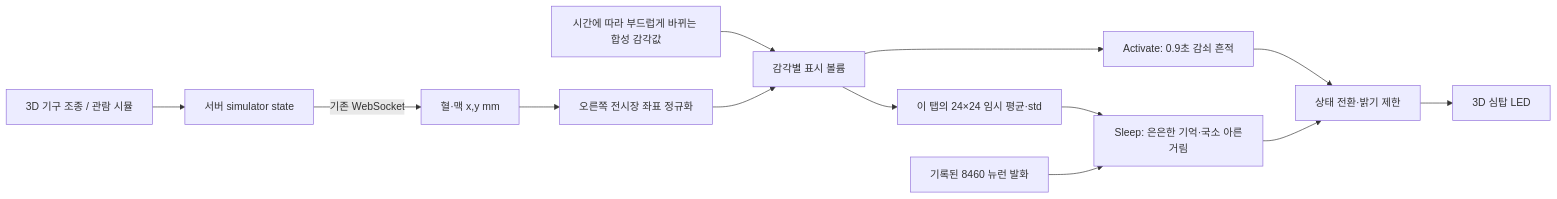
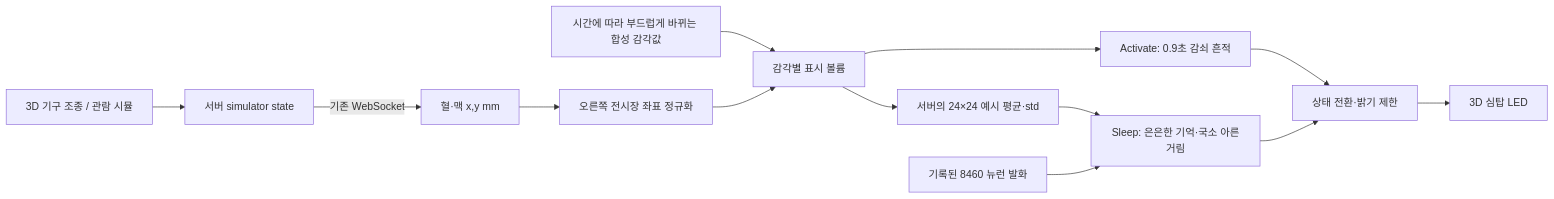
Before and after one commit to skynot0625/2026_Ripples: the diagram in docs/VENUE_POSITION_LINK.md, drawn with Mermaid. The commit also changed other lines of this file and 49 other files, not shown here.

````diff
--- a/docs/VENUE_POSITION_LINK.md
+++ b/docs/VENUE_POSITION_LINK.md
@@ -6,15 +6,15 @@
 ```mermaid
 flowchart LR
   A[3D 기구 조종 / 관람 시뮬] --> B[서버 simulator state]
   B -->|기존 WebSocket| C[혈·맥 x,y mm]
   C --> D[오른쪽 전시장 좌표 정규화]
   R[시간에 따라 부드럽게 바뀌는 합성 감각값] --> E[감각별 표시 볼륨]
   D --> E
   E --> F[Activate: 0.9초 감쇠 흔적]
-  E --> M[이 탭의 24×24 임시 평균·std]
+  E --> M[서버의 24×24 예시 평균·std]
   M --> S[Sleep: 은은한 기억·국소 아른거림]
   K[기록된 8460 뉴런 발화] --> S
   F --> T[상태 전환·밝기 제한]
   S --> T
   T --> L[3D 심탑 LED]
 ```
````
